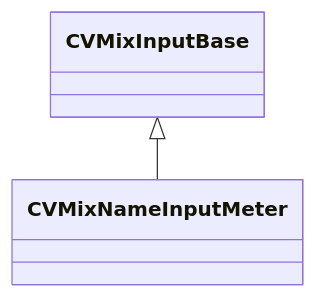
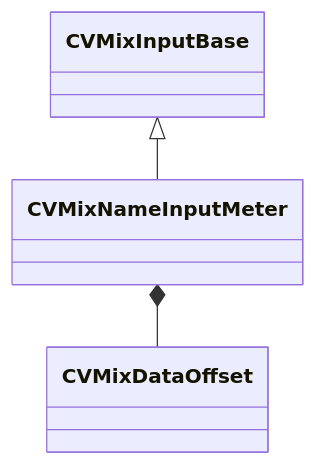
One commit to CS2OpenDev/CS2OpenDev-Docs changed the diagram in docs/generated/schemas/soundsystem_lowlevel/CVMixNameInputMeter.md. Above: the diagram before and after it, drawn with Mermaid. The commit also changed other lines of this file and 4654 other files, not shown here.

Commit message:
docs: regenerate for SchemaTracker build 25947352 [skip ci]

````diff
--- a/docs/generated/schemas/soundsystem_lowlevel/CVMixNameInputMeter.md
+++ b/docs/generated/schemas/soundsystem_lowlevel/CVMixNameInputMeter.md
@@ -19,4 +19,5 @@
 ```mermaid
 classDiagram
     CVMixInputBase <|-- CVMixNameInputMeter
+    CVMixNameInputMeter *-- CVMixDataOffset
 ```
````
